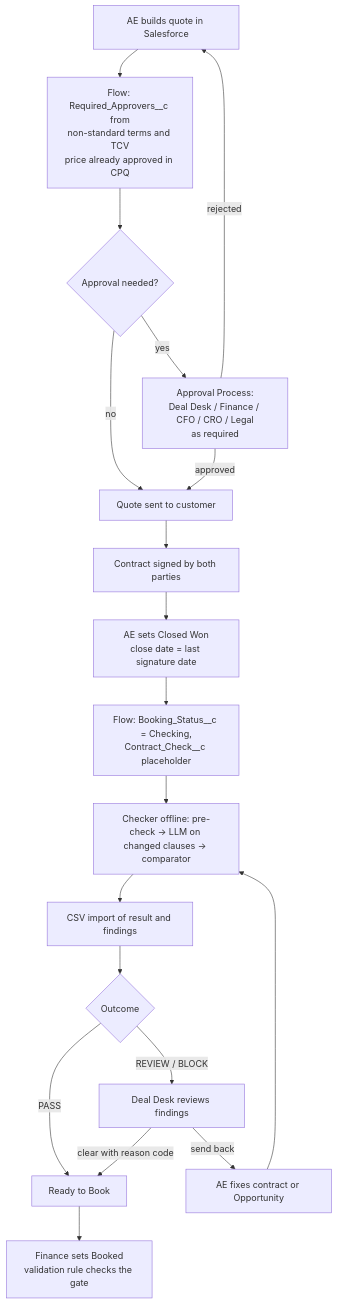
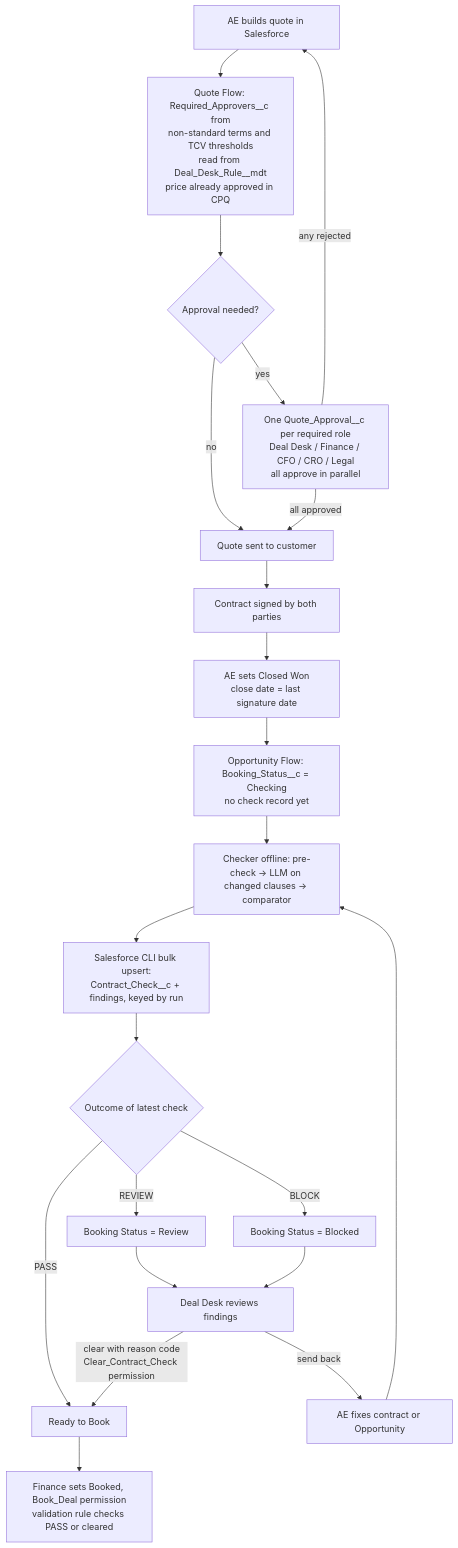
Before and after one commit to raduteodoriu-stack/deal-desk-check: the diagram in docs/cards/DD-001_scope.md, drawn with Mermaid. The commit also changed other lines of this file and 6 other files, not shown here.

First line of the commit message:
DD-005 detail: Salesforce thin slice (decisions approved, DEC-23)

````diff
--- a/docs/cards/DD-001_scope.md
+++ b/docs/cards/DD-001_scope.md
@@ -53,20 +53,23 @@
 ```mermaid
 flowchart TD
-  A[AE builds quote in Salesforce] --> B[Flow: Required_Approvers__c from<br/>non-standard terms and TCV<br/>price already approved in CPQ]
+  A[AE builds quote in Salesforce] --> B[Quote Flow: Required_Approvers__c from<br/>non-standard terms and TCV thresholds<br/>read from Deal_Desk_Rule__mdt<br/>price already approved in CPQ]
   B --> C{Approval needed?}
   C -- no --> E[Quote sent to customer]
-  C -- yes --> D[Approval Process:<br/>Deal Desk / Finance / CFO / CRO / Legal<br/>as required]
-  D -- approved --> E
-  D -- rejected --> A
+  C -- yes --> D[One Quote_Approval__c per required role<br/>Deal Desk / Finance / CFO / CRO / Legal<br/>all approve in parallel]
+  D -- all approved --> E
+  D -- any rejected --> A
   E --> F[Contract signed by both parties]
   F --> G[AE sets Closed Won<br/>close date = last signature date]
-  G --> H[Flow: Booking_Status__c = Checking,<br/>Contract_Check__c placeholder]
+  G --> H[Opportunity Flow: Booking_Status__c = Checking<br/>no check record yet]
   H --> I[Checker offline: pre-check → LLM on changed clauses → comparator]
-  I --> J[CSV import of result and findings]
-  J --> K{Outcome}
+  I --> J[Salesforce CLI bulk upsert:<br/>Contract_Check__c + findings, keyed by run]
+  J --> K{Outcome of latest check}
   K -- PASS --> L[Ready to Book]
-  K -- REVIEW / BLOCK --> M[Deal Desk reviews findings]
-  M -- clear with reason code --> L
+  K -- REVIEW --> R[Booking Status = Review]
+  K -- BLOCK --> Q[Booking Status = Blocked]
+  R --> M[Deal Desk reviews findings]
+  Q --> M
+  M -- clear with reason code<br/>Clear_Contract_Check permission --> L
   M -- send back --> N[AE fixes contract or Opportunity] --> I
-  L --> O[Finance sets Booked<br/>validation rule checks the gate]
+  L --> O[Finance sets Booked, Book_Deal permission<br/>validation rule checks PASS or cleared]
 ```
````
